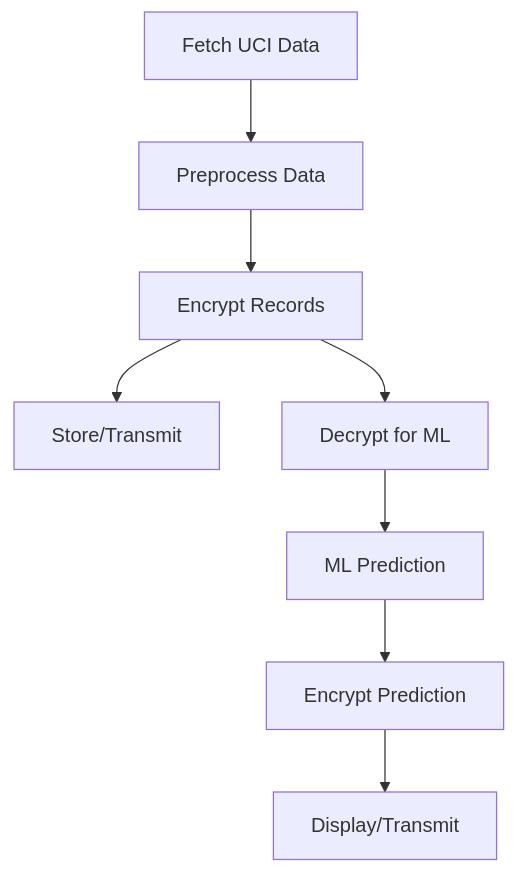
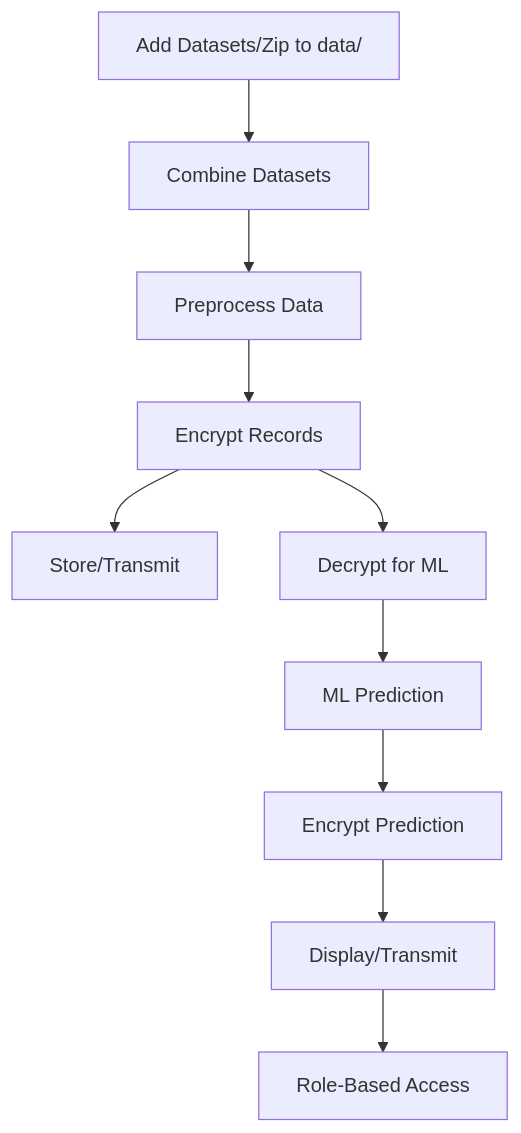
The diagram in docs/architecture.md (Dhairya-Senpai/smart-health-monitoring-system), drawn with Mermaid before and after one commit. The commit also changed other lines of this file and 18 other files, not shown here.

````diff
--- a/docs/architecture.md
+++ b/docs/architecture.md
@@ -30,10 +36,12 @@
 ```mermaid
 flowchart TD
-    A[Fetch UCI Data] --> B[Preprocess Data]
-    B --> C[Encrypt Records]
-    C --> D[Store/Transmit]
-    C --> E[Decrypt for ML]
-    E --> F[ML Prediction]
-    F --> G[Encrypt Prediction]
-    G --> H[Display/Transmit]
+    A[Add Datasets/Zip to data/] --> B[Combine Datasets]
+    B --> C[Preprocess Data]
+    C --> D[Encrypt Records]
+    D --> E[Store/Transmit]
+    D --> F[Decrypt for ML]
+    F --> G[ML Prediction]
+    G --> H[Encrypt Prediction]
+    H --> I[Display/Transmit]
+    I --> J[Role-Based Access]
 ```
````
